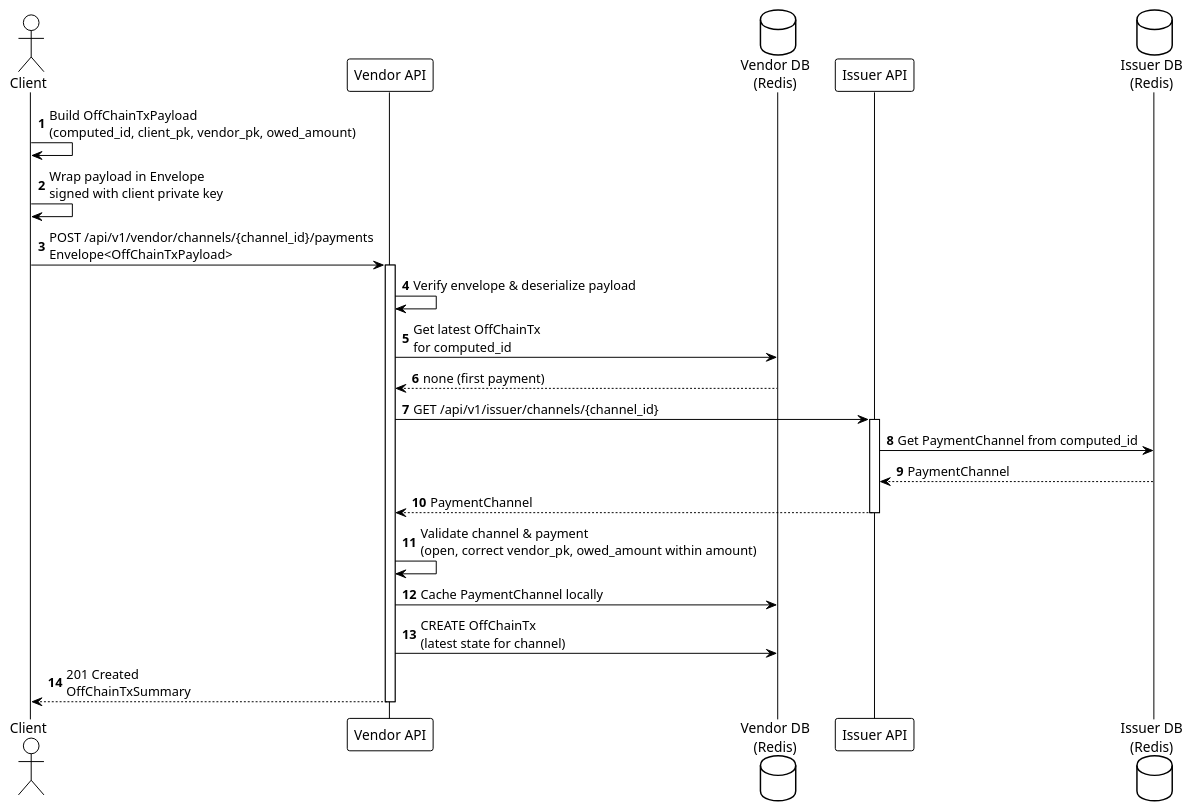
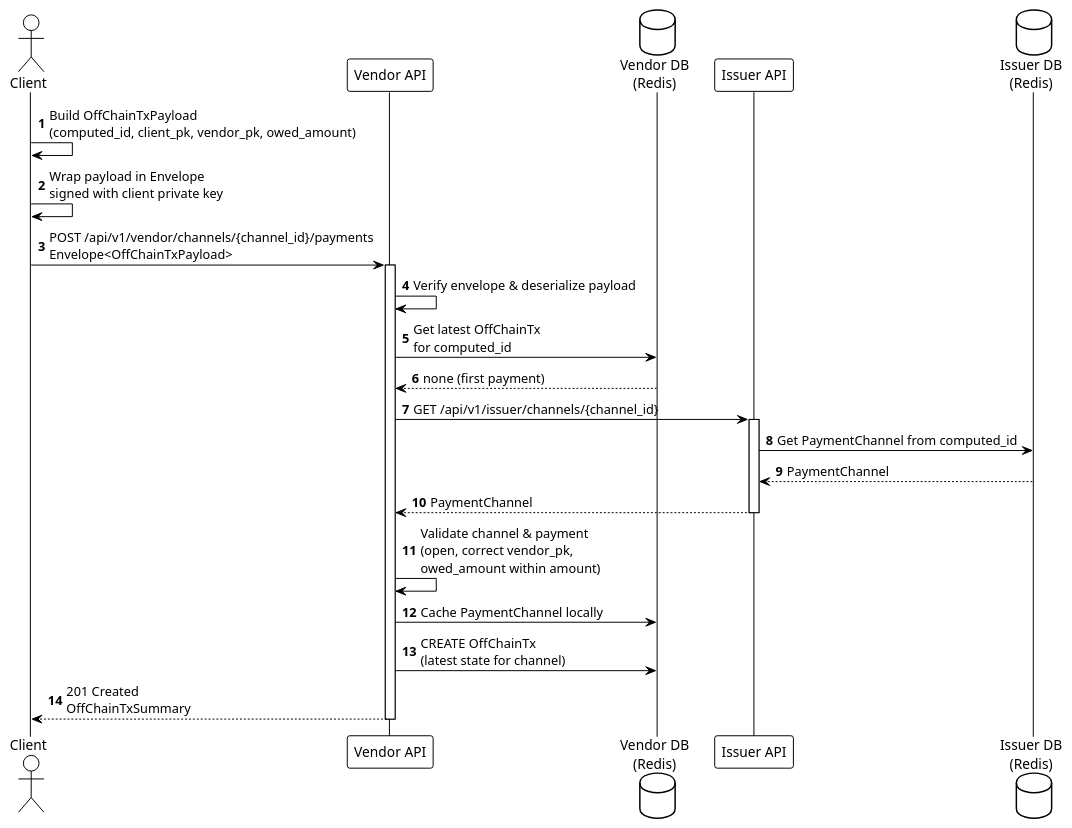
The diagram in umls/phase2a-first-payment.puml (otaviootavio/nanomoni), drawn with PlantUML before and after one commit. The commit also changed 13 other files, not shown here.

First line of the commit message:
Refactor vendor API and payment handling for improved structure and type safety

```diff
--- a/umls/phase2a-first-payment.puml
+++ b/umls/phase2a-first-payment.puml
@@ -1,39 +1,39 @@
 @startuml Phase2a_First_Payment
 
 !theme plain
 autonumber
 
 actor "Client" as Client
 participant "Vendor API" as Vendor
 database "Vendor DB\n(Redis)" as VendorDB
 participant "Issuer API" as Issuer
 database "Issuer DB\n(Redis)" as IssuerDB
 
 Client -> Client: Build OffChainTxPayload\n(computed_id, client_pk, vendor_pk, owed_amount)
 Client -> Client: Wrap payload in Envelope\nsigned with client private key
 
 Client -> Vendor: POST /api/v1/vendor/channels/{channel_id}/payments\nEnvelope<OffChainTxPayload>
 activate Vendor
 
 Vendor -> Vendor: Verify envelope & deserialize payload
 
 Vendor -> VendorDB: Get latest OffChainTx\nfor computed_id
 VendorDB --> Vendor: none (first payment)
 
 Vendor -> Issuer: GET /api/v1/issuer/channels/{channel_id}
 activate Issuer
 Issuer -> IssuerDB: Get PaymentChannel from computed_id
 IssuerDB --> Issuer: PaymentChannel
 Issuer --> Vendor: PaymentChannel
 deactivate Issuer
 
-Vendor -> Vendor: Validate channel & payment\n(open, correct vendor_pk, owed_amount within amount)
+Vendor -> Vendor: Validate channel & payment\n(open, correct vendor_pk, \nowed_amount within amount)
 
 Vendor -> VendorDB: Cache PaymentChannel locally
 
 Vendor -> VendorDB: CREATE OffChainTx\n(latest state for channel)
 
 Vendor --> Client: 201 Created\nOffChainTxSummary
 deactivate Vendor
 
 @enduml
```
